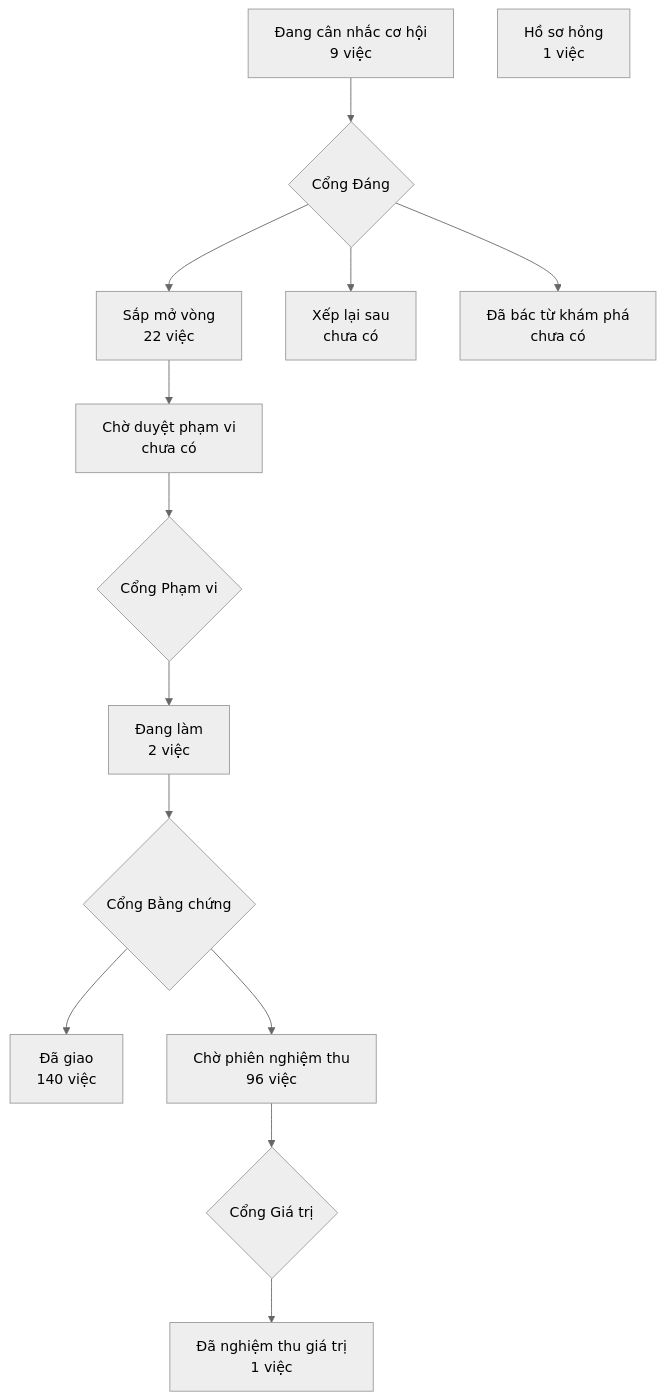
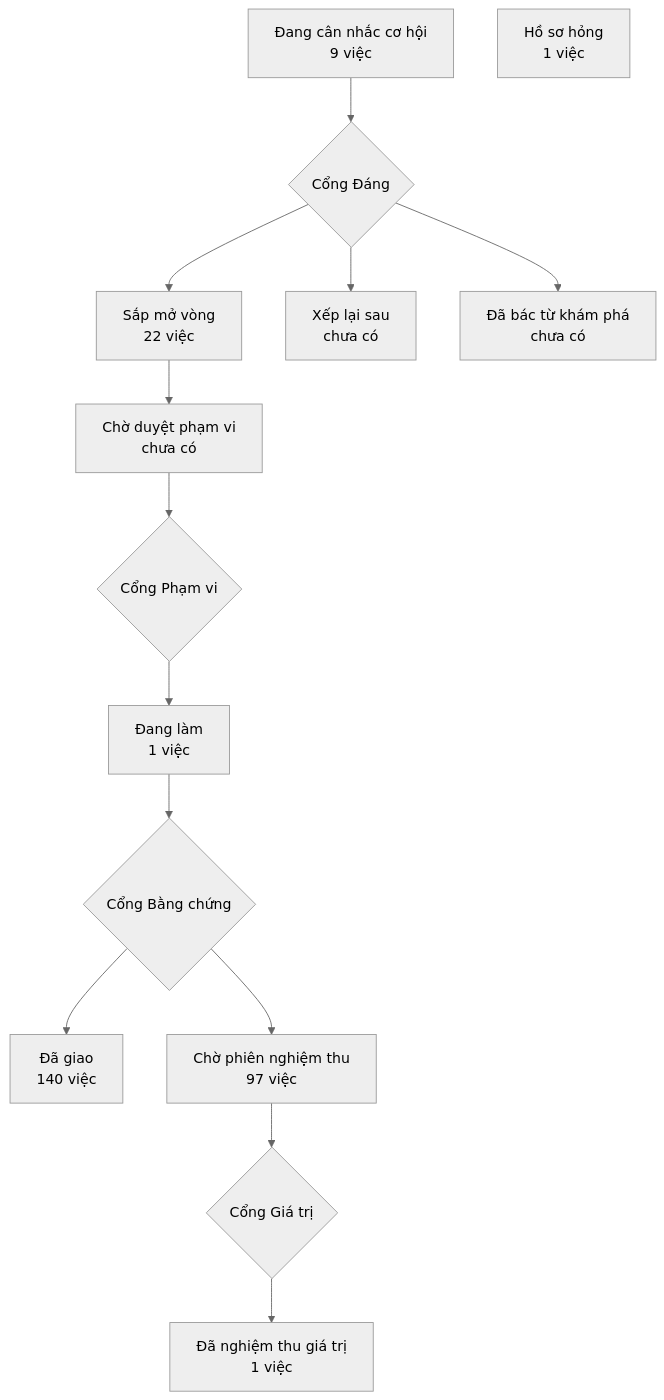
The diagram in PRODUCT-MAP.md (phanlemanh/crm-onehub), drawn with Mermaid (neutral theme) before and after one commit. The commit also changed 4 other files, not shown here.

````diff
--- a/PRODUCT-MAP.md
+++ b/PRODUCT-MAP.md
@@ -7,13 +7,13 @@
 ```mermaid
 flowchart TD
   A["Đang cân nhắc cơ hội<br/>9 việc"] --> GD{"Cổng Đáng"}
   GD --> B["Sắp mở vòng<br/>22 việc"]
   GD --> XL["Xếp lại sau<br/>chưa có"]
   GD --> DB["Đã bác từ khám phá<br/>chưa có"]
   B --> CD["Chờ duyệt phạm vi<br/>chưa có"] --> GP{"Cổng Phạm vi"}
-  GP --> DL["Đang làm<br/>2 việc"] --> GB{"Cổng Bằng chứng"}
+  GP --> DL["Đang làm<br/>1 việc"] --> GB{"Cổng Bằng chứng"}
   GB --> DG["Đã giao<br/>140 việc"]
-  GB --> CN["Chờ phiên nghiệm thu<br/>96 việc"] --> GG{"Cổng Giá trị"}
+  GB --> CN["Chờ phiên nghiệm thu<br/>97 việc"] --> GG{"Cổng Giá trị"}
   GG --> NT["Đã nghiệm thu giá trị<br/>1 việc"]
   HS["Hồ sơ hỏng<br/>1 việc"]
 ```
````
